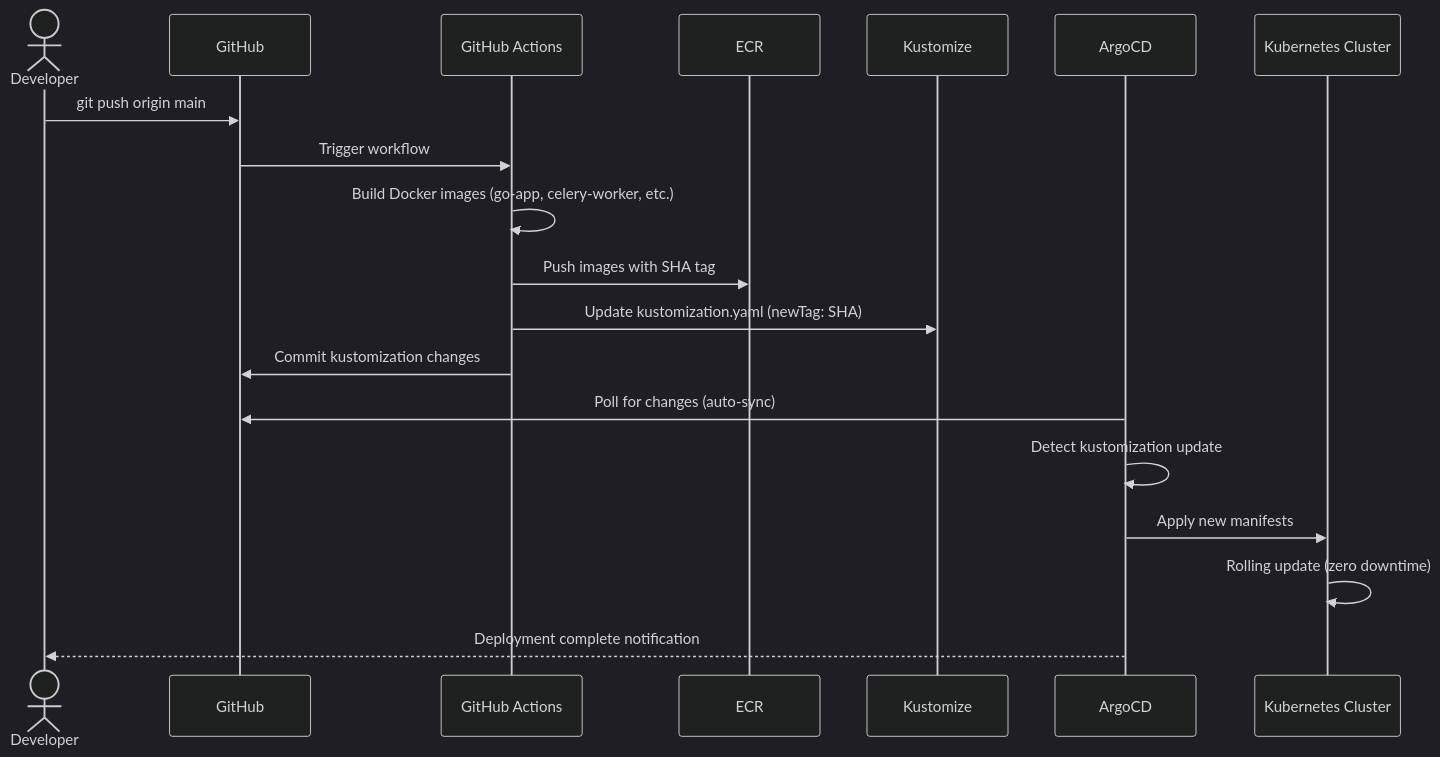
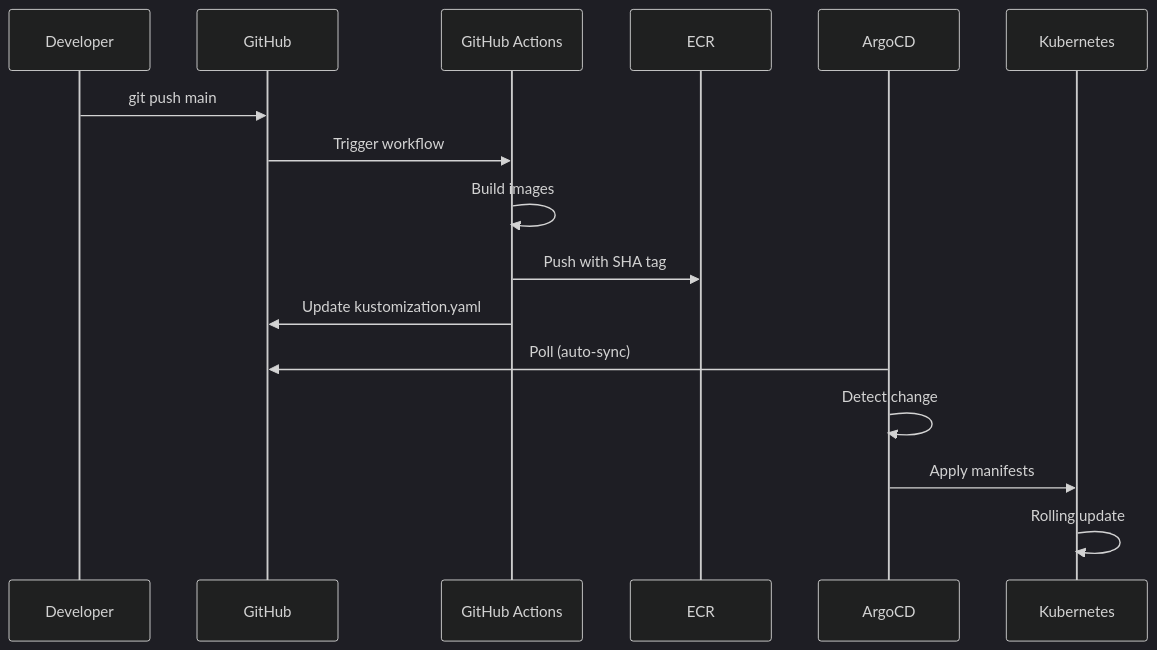
Before and after one commit to AndrewChang-cpu/Algorithmic-Trading-Platform: the fourth of 4 diagrams in documentation/ARCHITECTURE.md, drawn with Mermaid (dark theme). The commit also changed other lines of this file, not shown here.

Commit message:
updated architecture

````diff
--- a/documentation/ARCHITECTURE.md
+++ b/documentation/ARCHITECTURE.md
@@ -194,24 +210,20 @@
 ```mermaid
 sequenceDiagram
-    actor Developer
+    participant Dev as Developer
     participant GitHub
     participant Actions as GitHub Actions
     participant ECR
-    participant Kustomize
     participant ArgoCD
-    participant K8s as Kubernetes Cluster
+    participant K8s as Kubernetes
 
-    Developer->>GitHub: git push origin main
+    Dev->>GitHub: git push main
     GitHub->>Actions: Trigger workflow
+    Actions->>Actions: Build images
+    Actions->>ECR: Push with SHA tag
+    Actions->>GitHub: Update kustomization.yaml
 
-    Actions->>Actions: Build Docker images (go-app, celery-worker, etc.)
-    Actions->>ECR: Push images with SHA tag
-    Actions->>Kustomize: Update kustomization.yaml (newTag: SHA)
-    Actions->>GitHub: Commit kustomization changes
-
-    ArgoCD->>GitHub: Poll for changes (auto-sync)
-    ArgoCD->>ArgoCD: Detect kustomization update
-    ArgoCD->>K8s: Apply new manifests
-    K8s->>K8s: Rolling update (zero downtime)
-    ArgoCD-->>Developer: Deployment complete notification
+    ArgoCD->>GitHub: Poll (auto-sync)
+    ArgoCD->>ArgoCD: Detect change
+    ArgoCD->>K8s: Apply manifests
+    K8s->>K8s: Rolling update
 ```
````
